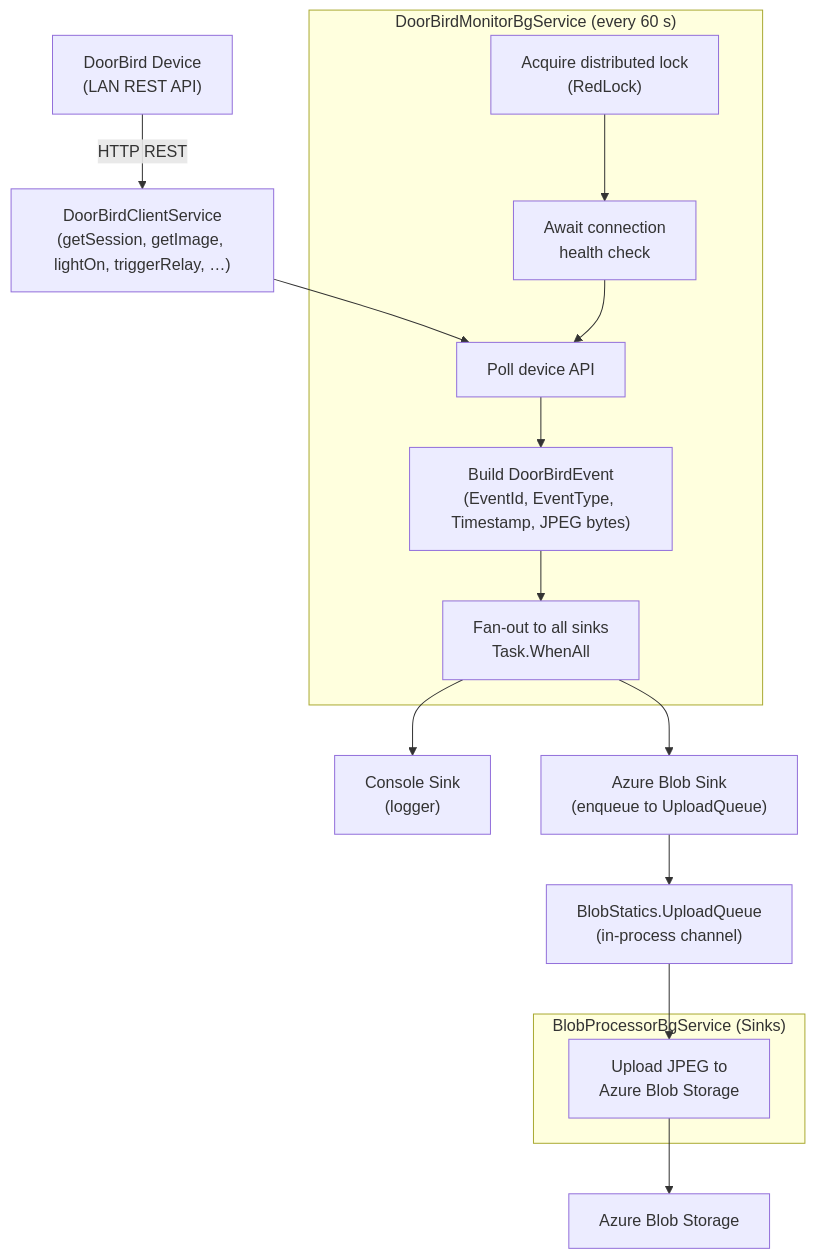
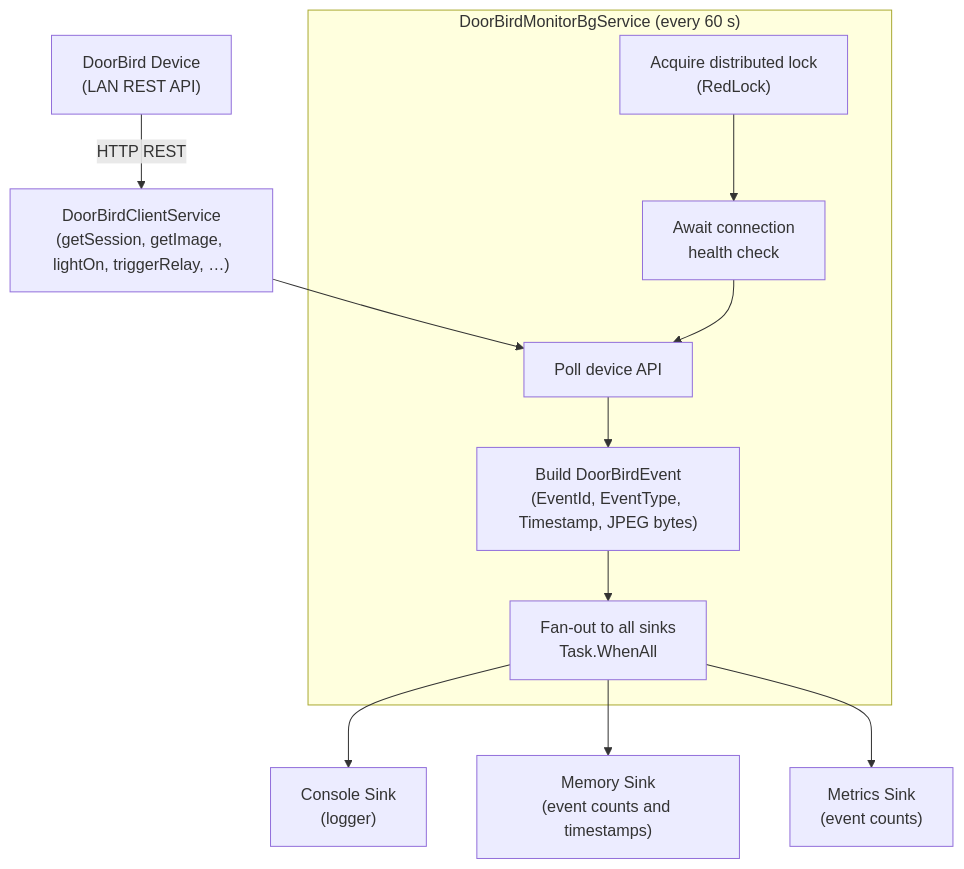
One commit to f2calv/SmartHaus changed the diagram in src/CasCap.Api.DoorBird/README.md. Above: the diagram before and after it, drawn with Mermaid. The commit also changed other lines of this file and 9 other files, not shown here.

````diff
--- a/src/CasCap.Api.DoorBird/README.md
+++ b/src/CasCap.Api.DoorBird/README.md
@@ -48,33 +49,25 @@
 ```mermaid
 flowchart TD
     DEVICE["DoorBird Device\n(LAN REST API)"]
 
     subgraph Monitor["DoorBirdMonitorBgService (every 60 s)"]
         LOCK["Acquire distributed lock\n(RedLock)"]
         HEALTH["Await connection\nhealth check"]
         POLL["Poll device API"]
         BUILD["Build DoorBirdEvent\n(EventId, EventType, Timestamp, JPEG bytes)"]
         DISPATCH["Fan-out to all sinks\nTask.WhenAll"]
     end
 
     SINK_CONSOLE["Console Sink\n(logger)"]
-    SINK_AZBLOB["Azure Blob Sink\n(enqueue to UploadQueue)"]
-
-    UPLOAD_QUEUE["BlobStatics.UploadQueue\n(in-process channel)"]
-
-    subgraph BlobProcessor["BlobProcessorBgService (Sinks)"]
-        UPLOAD["Upload JPEG to\nAzure Blob Storage"]
-    end
-
-    AZURE_BLOB["Azure Blob Storage"]
+    SINK_MEMORY["Memory Sink\n(event counts and timestamps)"]
+    SINK_METRICS["Metrics Sink\n(event counts)"]
 
     CLIENT["DoorBirdClientService\n(getSession, getImage, lightOn, triggerRelay, …)"]
 
     DEVICE -->|HTTP REST| CLIENT
     CLIENT --> POLL
     LOCK --> HEALTH --> POLL --> BUILD --> DISPATCH
     DISPATCH --> SINK_CONSOLE
-    DISPATCH --> SINK_AZBLOB
-    SINK_AZBLOB --> UPLOAD_QUEUE
-    UPLOAD_QUEUE --> UPLOAD --> AZURE_BLOB
+    DISPATCH --> SINK_MEMORY
+    DISPATCH --> SINK_METRICS
 ```
````
